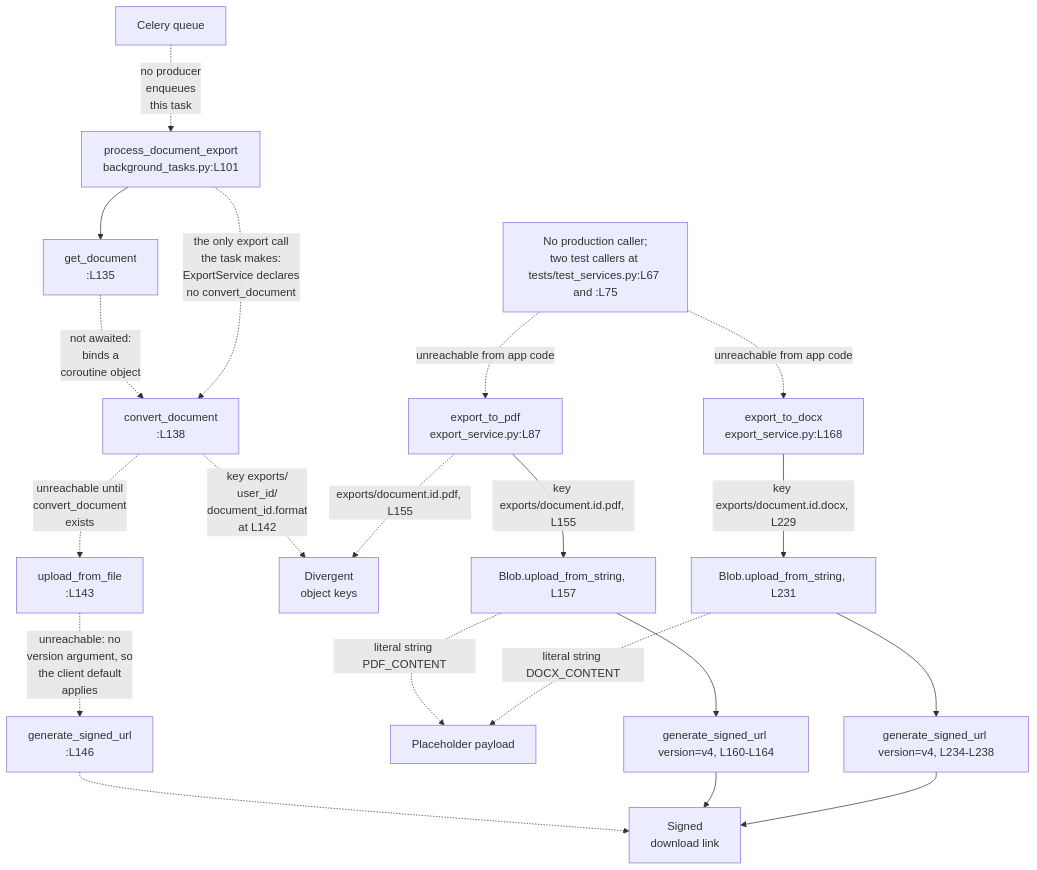
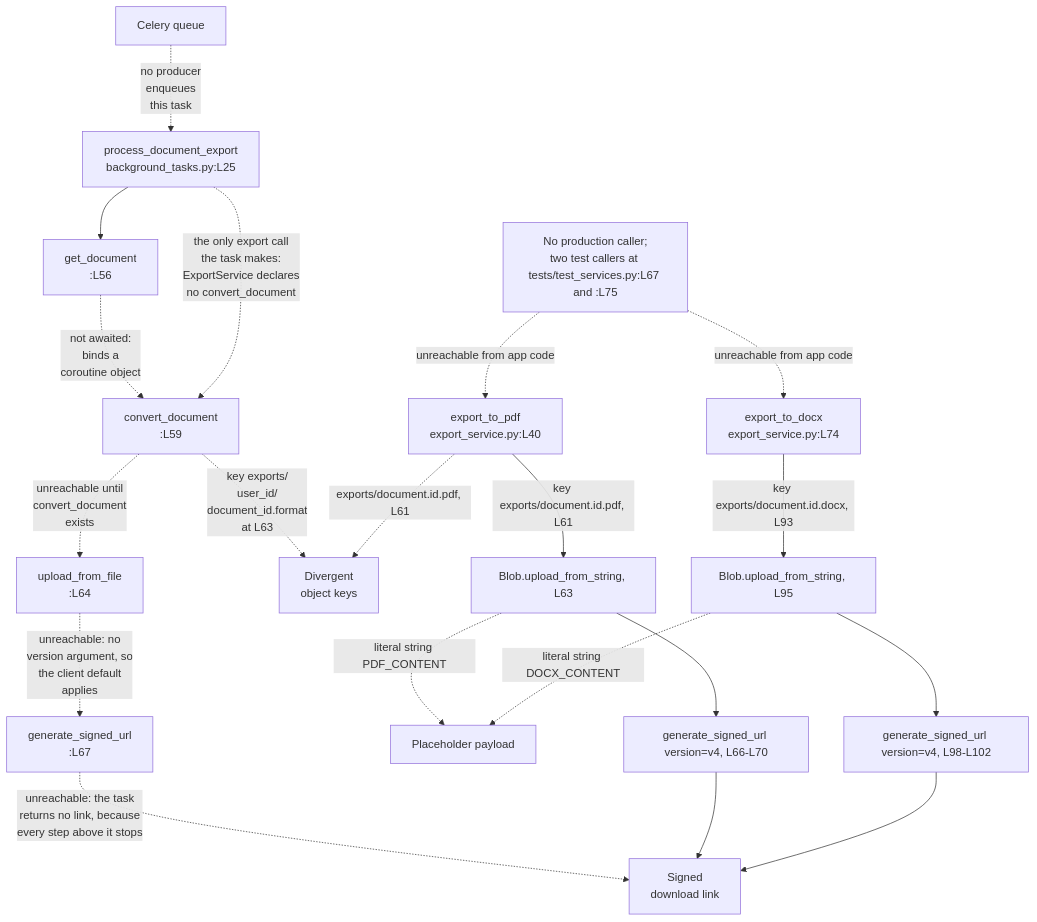
Before and after one commit to blitzy-public-samples/microsoft-word-u33ko0: the second of 2 diagrams in backend/app/services/README.md, drawn with Mermaid. The commit also changed other lines of this file and 69 other files, not shown here.

````diff
--- a/backend/app/services/README.md
+++ b/backend/app/services/README.md
@@ -173,27 +174,27 @@
 ```mermaid
 flowchart TD
     accTitle: The export job lifecycle across the task and the two service methods
     accDescr: The task path cannot complete because ExportService declares no convert_document. The two written service methods are dead code with no caller, and the two paths build divergent object keys. The two methods share one column because their structure is identical, and both line numbers appear in each node.
-    Q["Celery queue"] -.->|"no producer<br/>enqueues<br/>this task"| T["process_document_export<br/>background_tasks.py:L101"]
-    T --> G["get_document<br/>:L135"]
+    Q["Celery queue"] -.->|"no producer<br/>enqueues<br/>this task"| T["process_document_export<br/>background_tasks.py:L25"]
+    T --> G["get_document<br/>:L56"]
     G -.->|"not awaited:<br/>binds a<br/>coroutine object"| C
-    T -.->|"the only export call<br/>the task makes:<br/>ExportService declares<br/>no convert_document"| C["convert_document<br/>:L138"]
-    C -.->|"unreachable until<br/>convert_document<br/>exists"| UT["upload_from_file<br/>:L143"]
-    UT -.->|"unreachable: no<br/>version argument, so<br/>the client default<br/>applies"| ST["generate_signed_url<br/>:L146"]
-    ST -.-> URL["Signed<br/>download link"]
-    C -.->|"key exports/<br/>user_id/<br/>document_id.format<br/>at L142"| K["Divergent<br/>object keys"]
+    T -.->|"the only export call<br/>the task makes:<br/>ExportService declares<br/>no convert_document"| C["convert_document<br/>:L59"]
+    C -.->|"unreachable until<br/>convert_document<br/>exists"| UT["upload_from_file<br/>:L64"]
+    UT -.->|"unreachable: no<br/>version argument, so<br/>the client default<br/>applies"| ST["generate_signed_url<br/>:L67"]
+    ST -.->|"unreachable: the task<br/>returns no link, because<br/>every step above it stops"| URL["Signed<br/>download link"]
+    C -.->|"key exports/<br/>user_id/<br/>document_id.format<br/>at L63"| K["Divergent<br/>object keys"]
 
-    NC["No production caller;<br/>two test callers at tests/test_services.py:L67 and :L75"] -.->|"unreachable from app code"| P["export_to_pdf<br/>export_service.py:L87"]
-    NC -.->|"unreachable from app code"| D["export_to_docx<br/>export_service.py:L168"]
-    P -->|"key exports/document.id.pdf, L155"| UP["Blob.upload_from_string, L157"]
-    D -->|"key exports/document.id.docx, L229"| UD["Blob.upload_from_string, L231"]
+    NC["No production caller;<br/>two test callers at tests/test_services.py:L67 and :L75"] -.->|"unreachable from app code"| P["export_to_pdf<br/>export_service.py:L40"]
+    NC -.->|"unreachable from app code"| D["export_to_docx<br/>export_service.py:L74"]
+    P -->|"key exports/document.id.pdf, L61"| UP["Blob.upload_from_string, L63"]
+    D -->|"key exports/document.id.docx, L93"| UD["Blob.upload_from_string, L95"]
     UP -.->|"literal string PDF_CONTENT"| PL["Placeholder payload"]
     UD -.->|"literal string DOCX_CONTENT"| PL
-    UP --> SP["generate_signed_url version=v4, L160-L164"]
-    UD --> SD["generate_signed_url version=v4, L234-L238"]
+    UP --> SP["generate_signed_url version=v4, L66-L70"]
+    UD --> SD["generate_signed_url version=v4, L98-L102"]
     SP --> URL
     SD --> URL
-    P -.->|"exports/document.id.pdf, L155"| K
+    P -.->|"exports/document.id.pdf, L61"| K
 %% Dashed edges mark a call that does not exist or cannot resolve.
 %% Solid edges inside export_to_pdf and export_to_docx are written and unreached.
 ```
````
